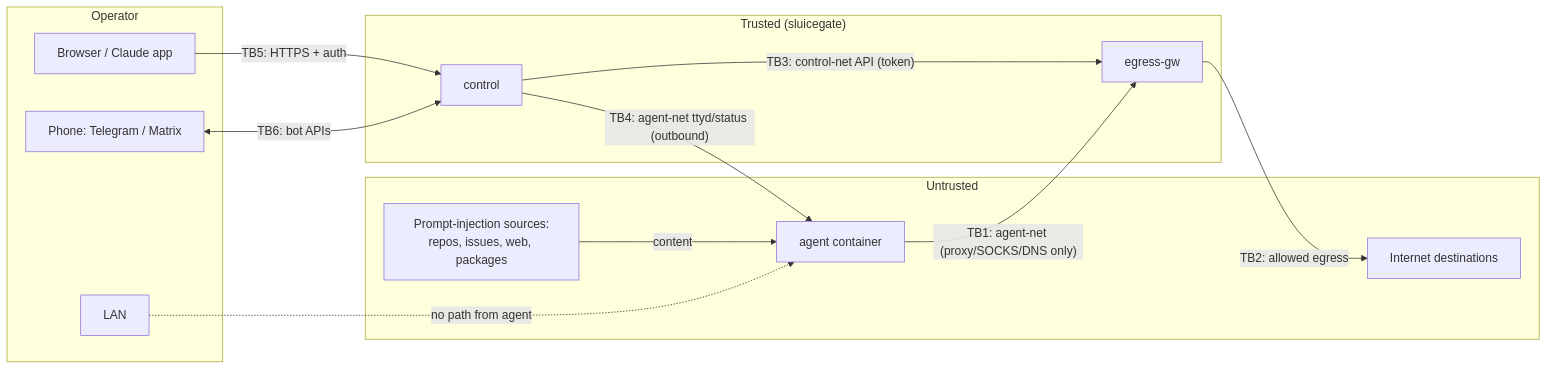
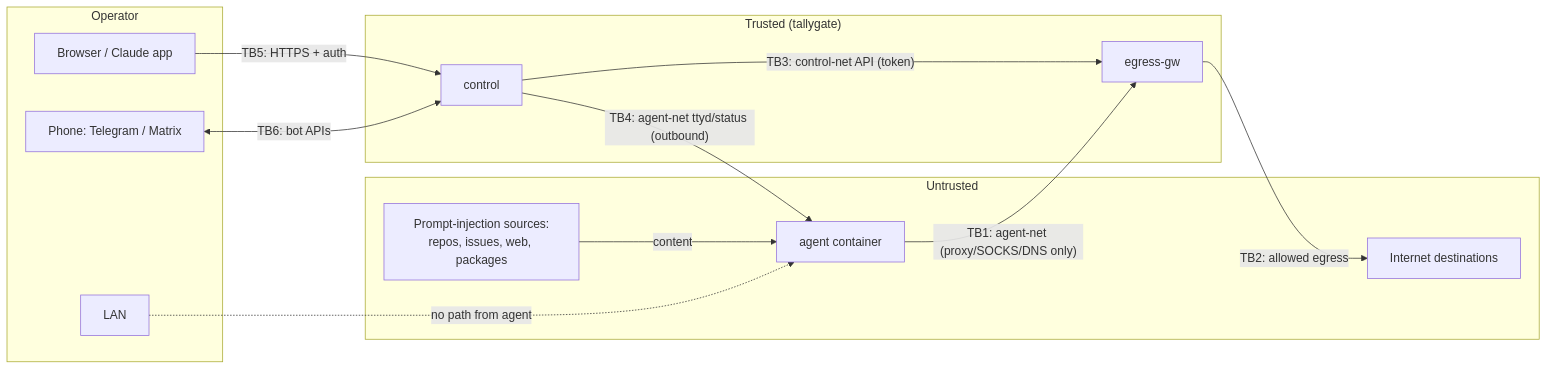
Before and after one commit to PhilippMundhenk/tallygate: the diagram in docs/threat-model.md, drawn with Mermaid. The commit also changed other lines of this file and 29 other files, not shown here.

````diff
--- a/docs/threat-model.md
+++ b/docs/threat-model.md
@@ -28,25 +28,25 @@
 ```mermaid
 flowchart LR
     subgraph U["Untrusted"]
         A[agent container]
         I[Internet destinations]
         TP[Prompt-injection sources:<br/>repos, issues, web, packages]
     end
-    subgraph T["Trusted (sluicegate)"]
+    subgraph T["Trusted (tallygate)"]
         G[egress-gw]
         C[control]
     end
     subgraph O["Operator"]
         B[Browser / Claude app]
         P[Phone: Telegram / Matrix]
         L[LAN]
     end
     TP -->|content| A
     A -->|"TB1: agent-net (proxy/SOCKS/DNS only)"| G
     G -->|"TB2: allowed egress"| I
     C -->|"TB3: control-net API (token)"| G
     C -->|"TB4: agent-net ttyd/status (outbound)"| A
     B -->|"TB5: HTTPS + auth"| C
     P <-->|"TB6: bot APIs"| C
     L -.->|"no path from agent"| A
 ```
````
